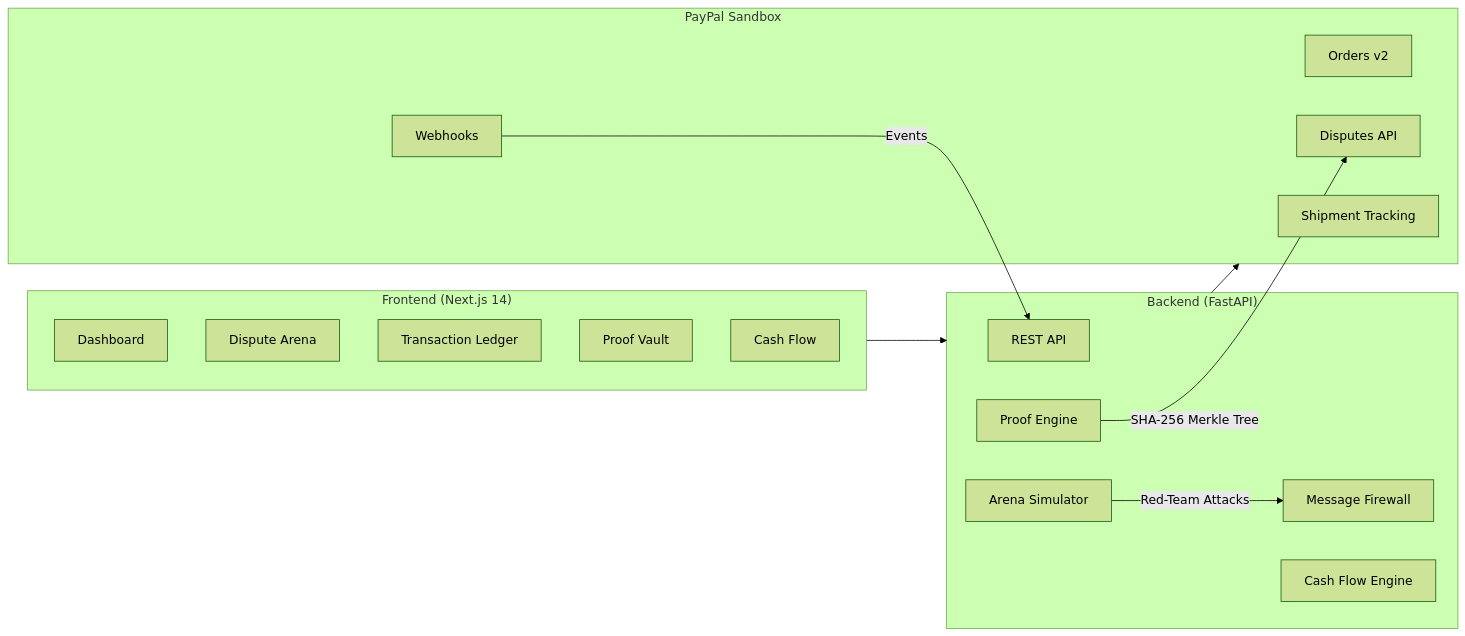
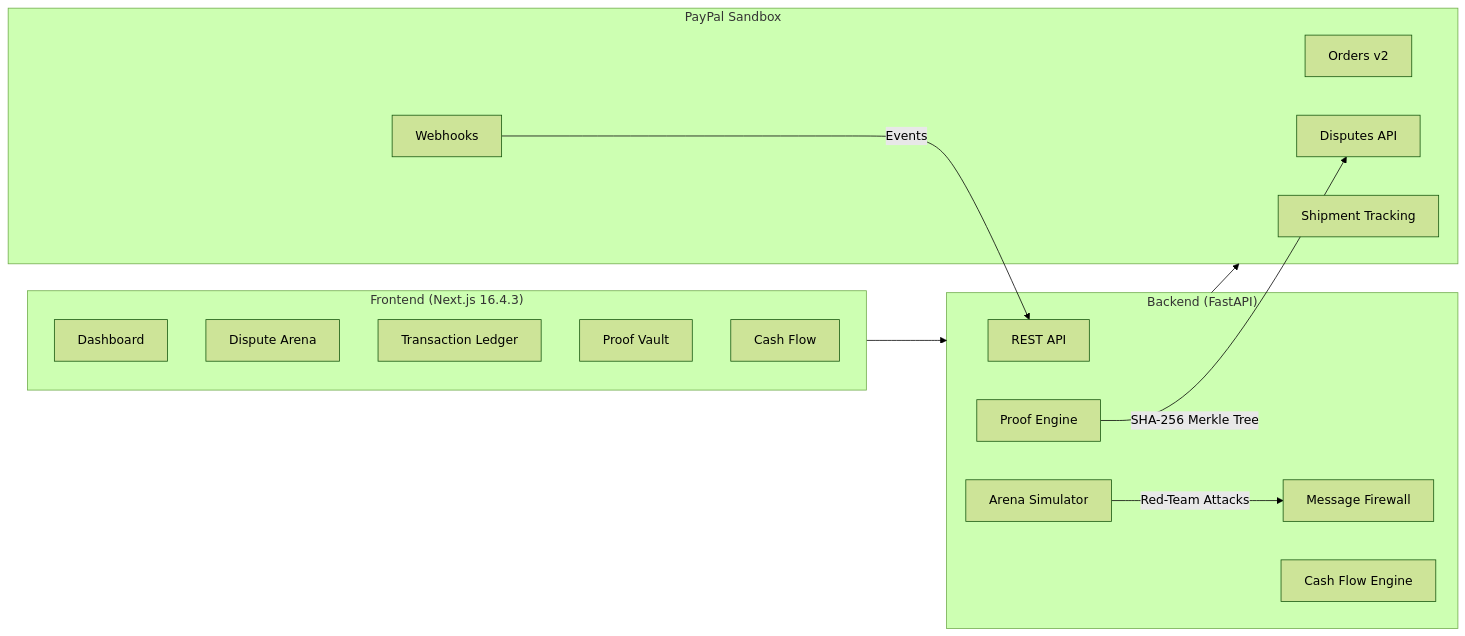
The diagram in README.md (chaitijain593-prog/paypal-AI), drawn with Mermaid (forest theme) before and after one commit. The commit also changed other lines of this file and 19 other files, not shown here.

````diff
--- a/README.md
+++ b/README.md
@@ -82,31 +82,31 @@
 ```mermaid
 flowchart LR
-    subgraph Frontend["Frontend (Next.js 14)"]
+    subgraph Frontend["Frontend (Next.js 16.4.3)"]
         D[Dashboard]
         A[Dispute Arena]
         T[Transaction Ledger]
         P[Proof Vault]
         C[Cash Flow]
     end
 
     subgraph Backend["Backend (FastAPI)"]
         API[REST API]
         PE[Proof Engine]
         AR[Arena Simulator]
         FW[Message Firewall]
         CF[Cash Flow Engine]
     end
 
     subgraph PayPal["PayPal Sandbox"]
         OV2[Orders v2]
         DSP[Disputes API]
         WH[Webhooks]
         TRK[Shipment Tracking]
     end
 
     Frontend --> Backend
     Backend --> PayPal
     PE --> |SHA-256 Merkle Tree| DSP
     AR --> |Red-Team Attacks| FW
     WH --> |Events| API
 ```
````
